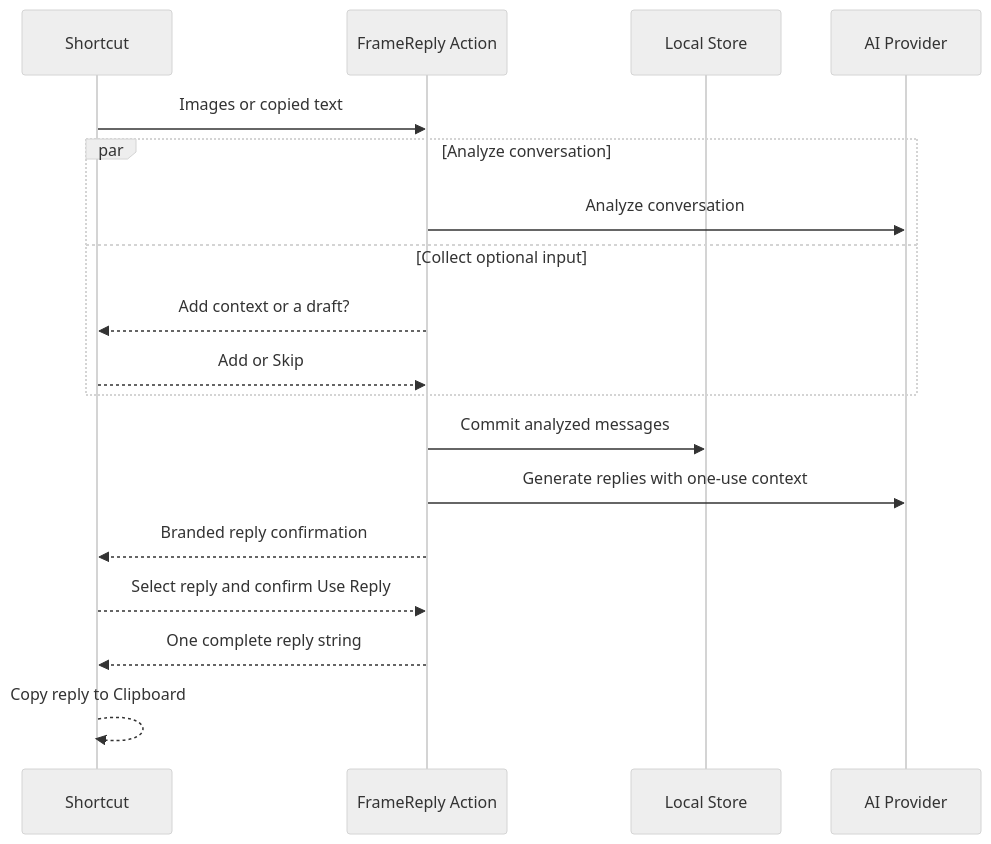
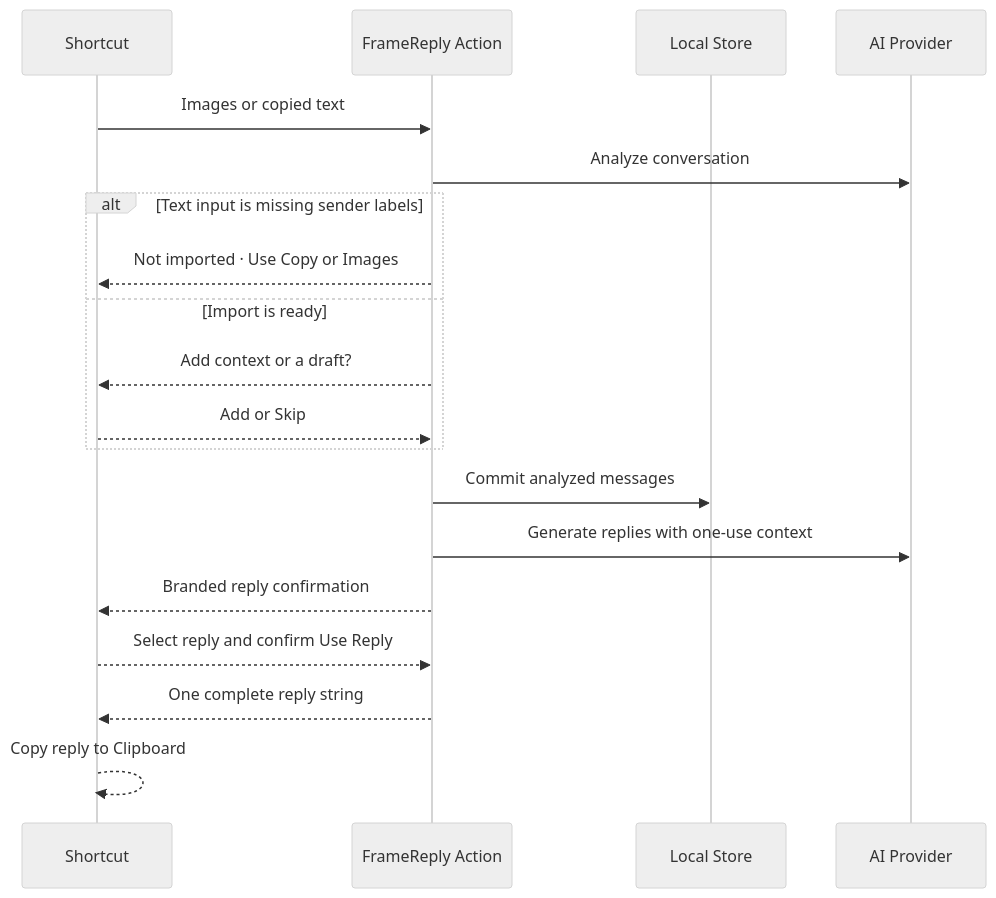
One commit to fanjin-z/framereply changed the diagram in docs/shortcuts.md. Above: the diagram before and after it, drawn with Mermaid (neutral theme). The commit also changed other lines of this file and 6 other files, not shown here.

Commit message:
feat: require sender labels for chat text import

````diff
--- a/docs/shortcuts.md
+++ b/docs/shortcuts.md
@@ -19,21 +19,22 @@
 ```mermaid
 sequenceDiagram
     participant Shortcut
     participant Action as FrameReply Action
     participant Store as Local Store
     participant Provider as AI Provider
 
     Shortcut->>Action: Images or copied text
-    par Analyze conversation
-        Action->>Provider: Analyze conversation
-    and Collect optional input
+    Action->>Provider: Analyze conversation
+    alt Text input is missing sender labels
+        Action-->>Shortcut: Not imported · Use Copy or Images
+    else Import is ready
         Action-->>Shortcut: Add context or a draft?
         Shortcut-->>Action: Add or Skip
     end
     Action->>Store: Commit analyzed messages
     Action->>Provider: Generate replies with one-use context
     Action-->>Shortcut: Branded reply confirmation
     Shortcut-->>Action: Select reply and confirm Use Reply
     Action-->>Shortcut: One complete reply string
     Shortcut-->>Shortcut: Copy reply to Clipboard
 ```
````
